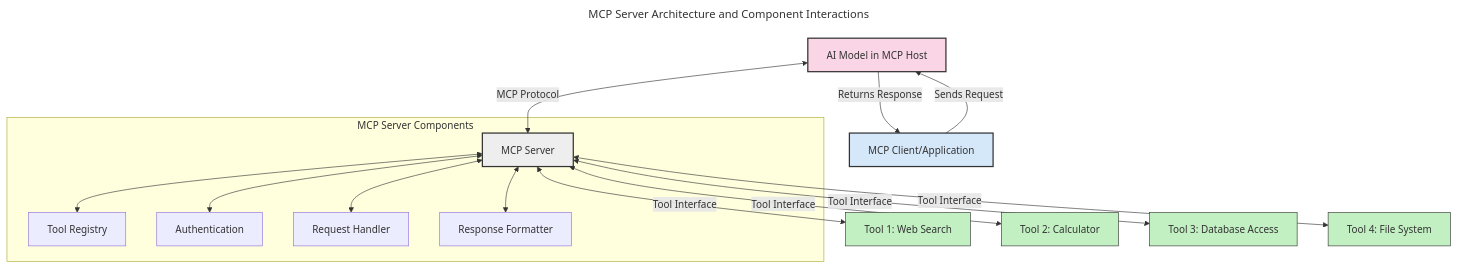
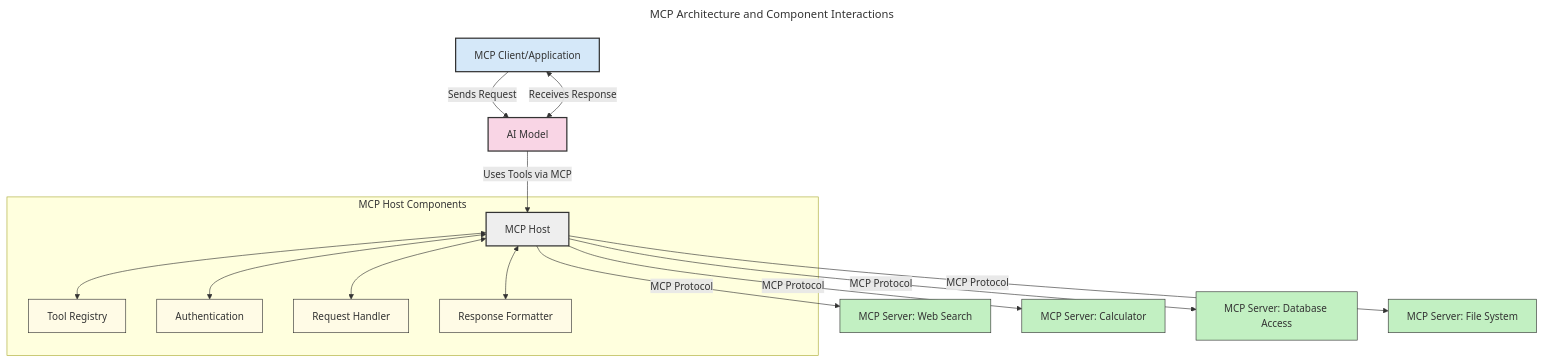
Before and after one commit to tlcraft/mcp-for-beginners: the first of 3 diagrams in 00-Introduction/README.md, drawn with Mermaid. The commit also changed other lines of this file, not shown here.

Commit message:
On branch edburns/ep-7757-traversal Make diagram more correct with respect to MCP specification. See https://chatgpt.com/share/688e706e-7420-8000-b272-61dbb7489c77 modified:   00-Introduction/README.md

````diff
--- a/00-Introduction/README.md
+++ b/00-Introduction/README.md
@@ -103,36 +104,40 @@
 ```mermaid
 ---
-title: MCP Server Architecture and Component Interactions
-description: A diagram showing how AI models interact with MCP servers and various tools, depicting the request flow and server components including Tool Registry, Authentication, Request Handler, and Response Formatter
+title: MCP Architecture and Component Interactions
+description: A corrected diagram showing the AI model, MCP Host, MCP Servers (tools), and how the MCP protocol governs their interactions.
 ---
 graph TD
-    A[AI Model in MCP Host] <-->|MCP Protocol| B[MCP Server]
-    B <-->|Tool Interface| C[Tool 1: Web Search]
-    B <-->|Tool Interface| D[Tool 2: Calculator]
-    B <-->|Tool Interface| E[Tool 3: Database Access]
-    B <-->|Tool Interface| F[Tool 4: File System]
-    
-    Client[MCP Client/Application] -->|Sends Request| A
-    A -->|Returns Response| Client
-    
-    subgraph "MCP Server Components"
-        B
+    Client[MCP Client/Application] -->|Sends Request| A[AI Model]
+    A -->|Uses Tools via MCP| H[MCP Host]
+    A <-->|Receives Response| Client
+
+    subgraph "MCP Host Components"
+        H
         G[Tool Registry]
-        H[Authentication]
-        I[Request Handler]
-        J[Response Formatter]
+        I[Authentication]
+        J[Request Handler]
+        K[Response Formatter]
     end
-    
-    B <--> G
-    B <--> H
-    B <--> I
-    B <--> J
-    
+
+    H <--> G
+    H <--> I
+    H <--> J
+    H <--> K
+
+    H -->|MCP Protocol| T1[MCP Server: Web Search]
+    H -->|MCP Protocol| T2[MCP Server: Calculator]
+    H -->|MCP Protocol| T3[MCP Server: Database Access]
+    H -->|MCP Protocol| T4[MCP Server: File System]
+
     style A fill:#f9d5e5,stroke:#333,stroke-width:2px
-    style B fill:#eeeeee,stroke:#333,stroke-width:2px
+    style H fill:#eeeeee,stroke:#333,stroke-width:2px
     style Client fill:#d5e8f9,stroke:#333,stroke-width:2px
-    style C fill:#c2f0c2,stroke:#333,stroke-width:1px
-    style D fill:#c2f0c2,stroke:#333,stroke-width:1px
-    style E fill:#c2f0c2,stroke:#333,stroke-width:1px
-    style F fill:#c2f0c2,stroke:#333,stroke-width:1px    
+    style G fill:#fffbe6,stroke:#333,stroke-width:1px
+    style I fill:#fffbe6,stroke:#333,stroke-width:1px
+    style J fill:#fffbe6,stroke:#333,stroke-width:1px
+    style K fill:#fffbe6,stroke:#333,stroke-width:1px
+    style T1 fill:#c2f0c2,stroke:#333,stroke-width:1px
+    style T2 fill:#c2f0c2,stroke:#333,stroke-width:1px
+    style T3 fill:#c2f0c2,stroke:#333,stroke-width:1px
+    style T4 fill:#c2f0c2,stroke:#333,stroke-width:1px
 ```
````
